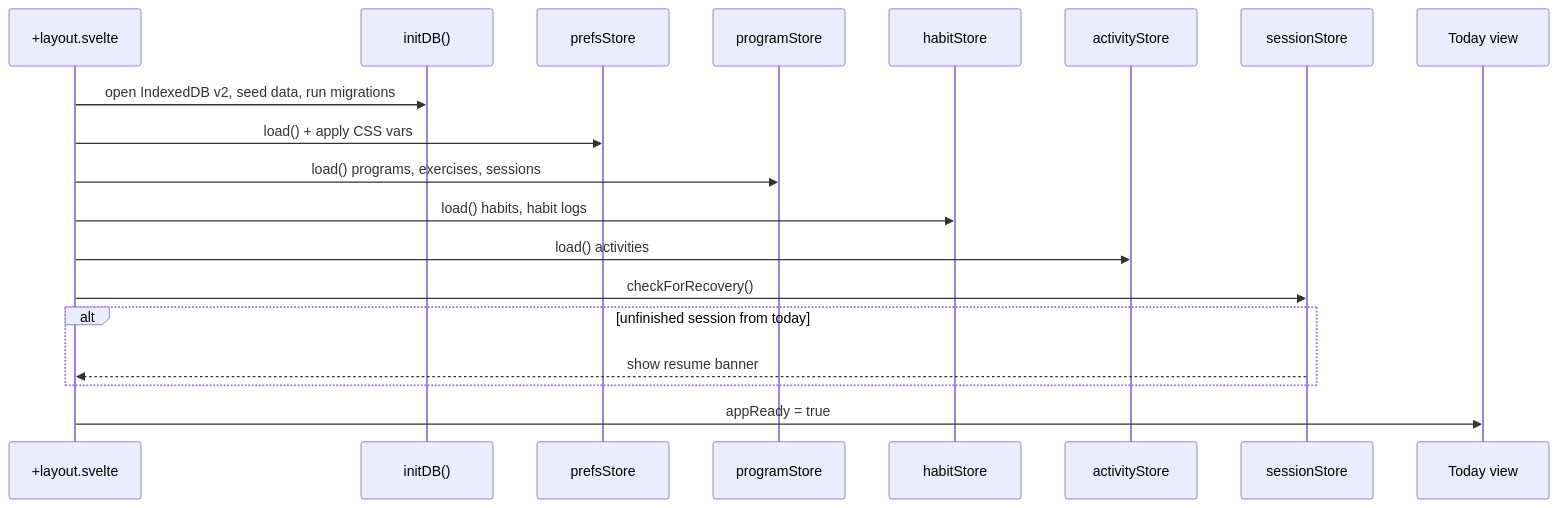
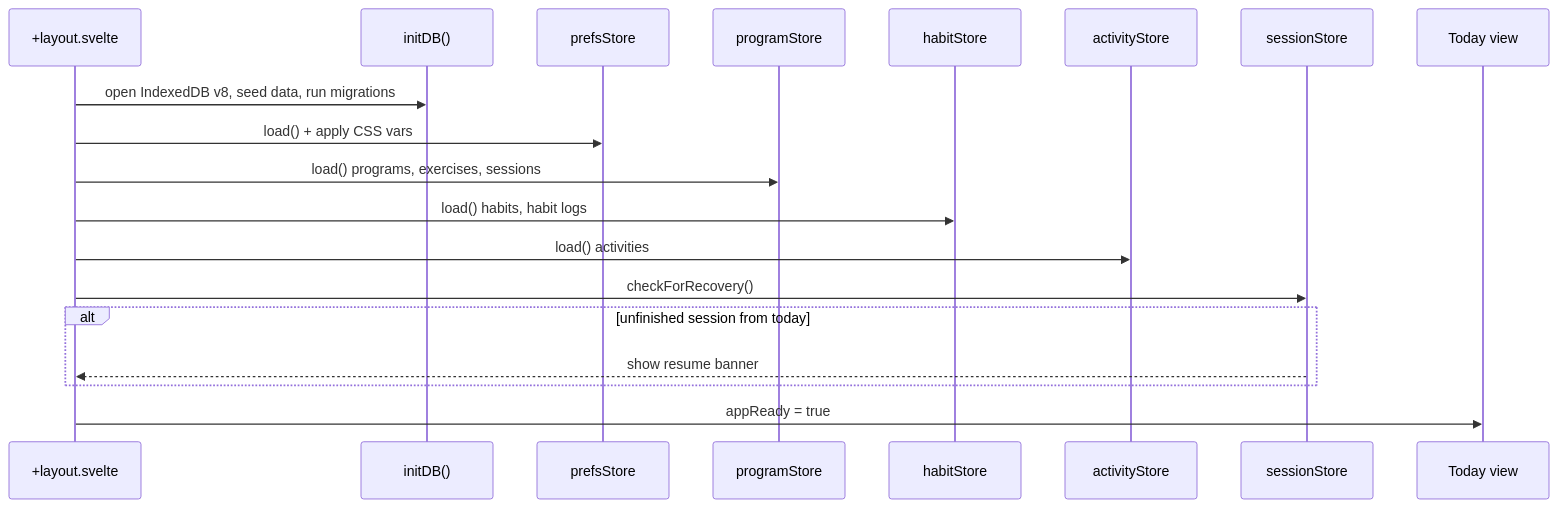
Before and after one commit to jermbo/CosmicWorkOut: the third of 6 diagrams in docs/architecture/overview.md, drawn with Mermaid. The commit also changed other lines of this file and 132 other files, not shown here.

````diff
--- a/docs/architecture/overview.md
+++ b/docs/architecture/overview.md
@@ -73,22 +82,22 @@
 ```mermaid
 sequenceDiagram
     participant Layout as +layout.svelte
     participant DB as initDB()
     participant Prefs as prefsStore
     participant Prog as programStore
     participant Hab as habitStore
     participant Act as activityStore
     participant Sess as sessionStore
     participant UI as Today view
 
-    Layout->>DB: open IndexedDB v2, seed data, run migrations
+    Layout->>DB: open IndexedDB v8, seed data, run migrations
     Layout->>Prefs: load() + apply CSS vars
     Layout->>Prog: load() programs, exercises, sessions
     Layout->>Hab: load() habits, habit logs
     Layout->>Act: load() activities
     Layout->>Sess: checkForRecovery()
     alt unfinished session from today
         Sess-->>Layout: show resume banner
     end
     Layout->>UI: appReady = true
 ```
````
